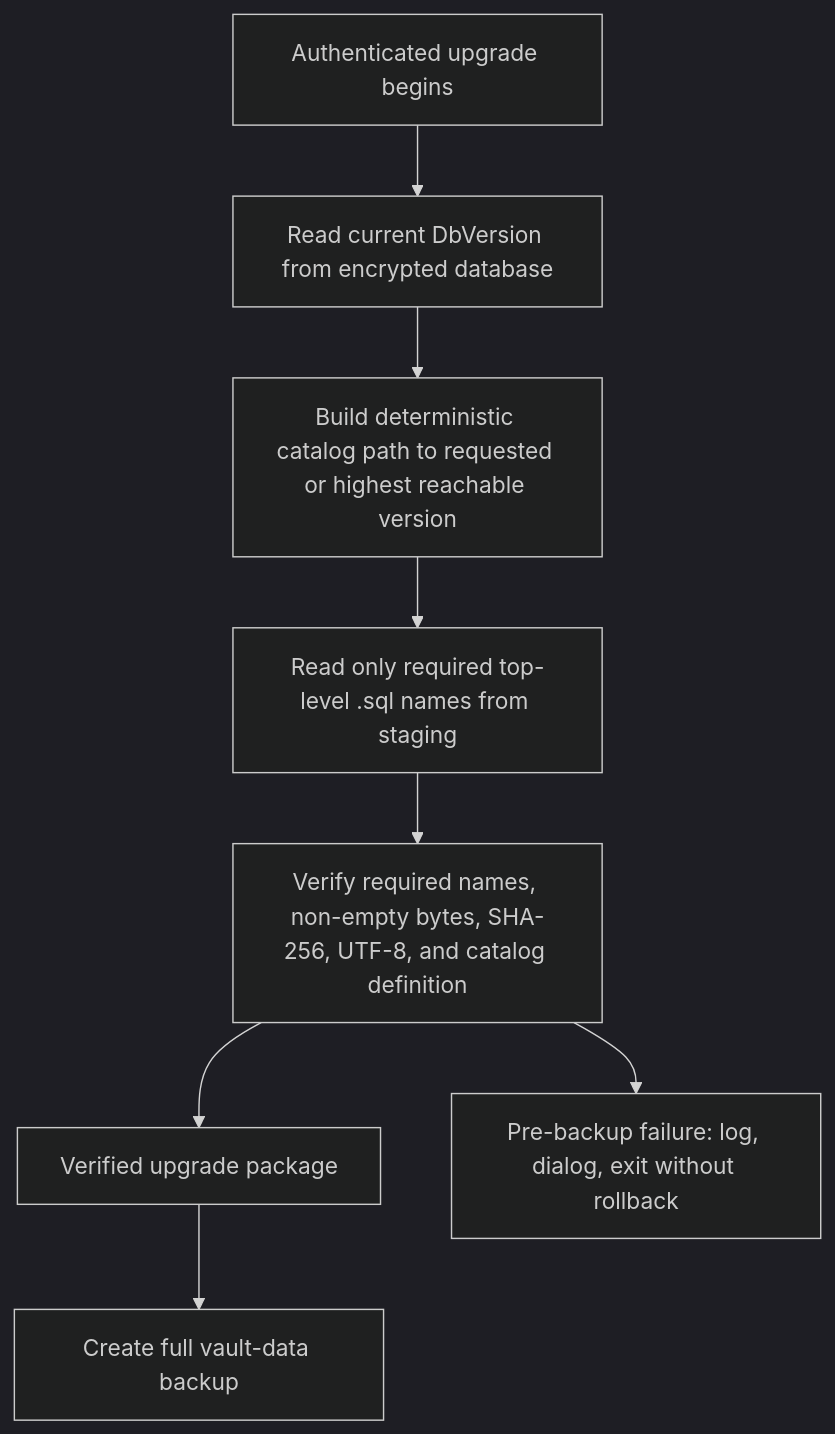
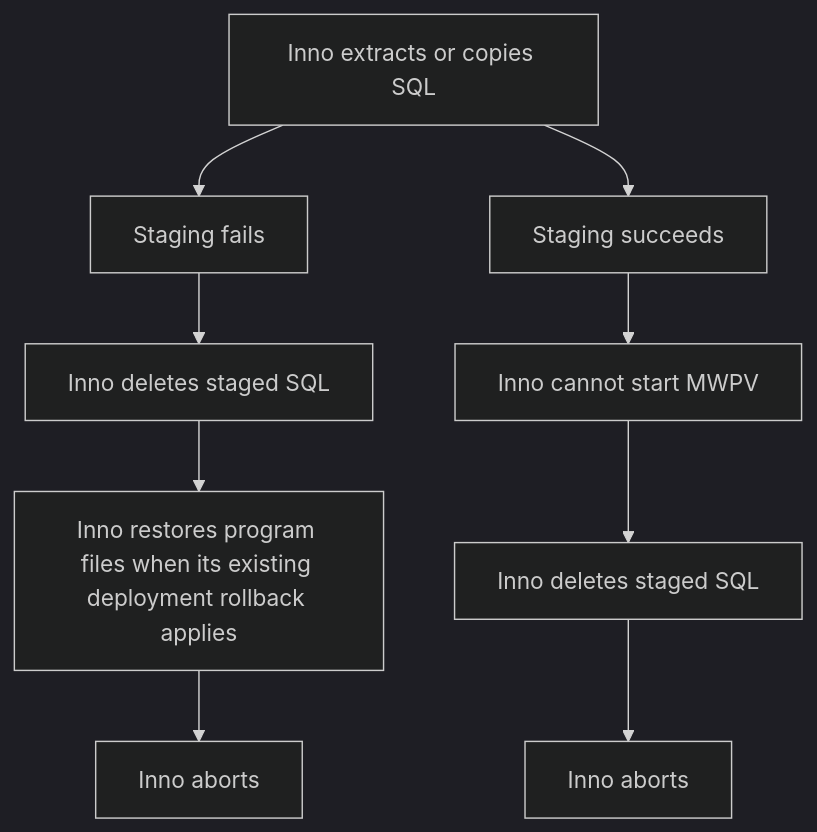
Before and after one commit to pgmrdlm/MWPV: the fourth of 6 diagrams in docs/MWPV_Installer_Upgrade_and_Rollback_Flow.md, drawn with Mermaid (dark theme). The commit also changed other lines of this file and 5 other files, not shown here.

Commit message:
Standardize backup and rollback on upgrades.  location and responsibilities

````diff
--- a/docs/MWPV_Installer_Upgrade_and_Rollback_Flow.md
+++ b/docs/MWPV_Installer_Upgrade_and_Rollback_Flow.md
@@ -70,10 +88,11 @@
 ```mermaid
 flowchart TD
-  A["Authenticated upgrade begins"] --> B["Read current DbVersion from encrypted database"]
-  B --> C["Build deterministic catalog path to requested or highest reachable version"]
-  C --> D["Read only required top-level .sql names from staging"]
-  D --> E["Verify required names, non-empty bytes, SHA-256, UTF-8, and catalog definition"]
-  E --> F["Verified upgrade package"]
-  E --> G["Pre-backup failure: log, dialog, exit without rollback"]
-  F --> H["Create full vault-data backup"]
+  A["Inno extracts or copies SQL"] --> B["Staging fails"]
+  B --> C["Inno deletes staged SQL"]
+  C --> D["Inno restores program files when its existing deployment rollback applies"]
+  D --> E["Inno aborts"]
+  A --> F["Staging succeeds"]
+  F --> G["Inno cannot start MWPV"]
+  G --> H["Inno deletes staged SQL"]
+  H --> I["Inno aborts"]
 ```
````
